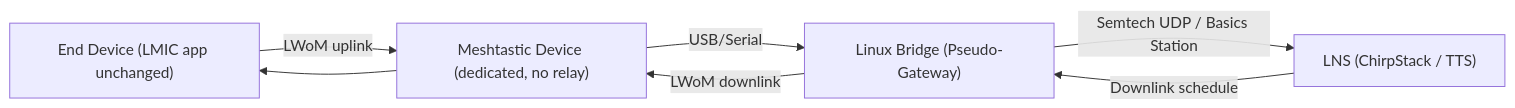
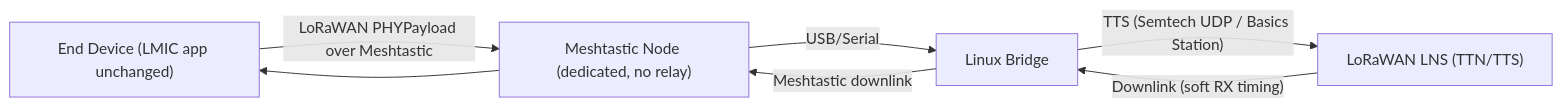
The diagram in README.md (things-nyc/lwom), drawn with Mermaid before and after one commit. The commit also changed other lines of this file and 1 other file, not shown here.

````diff
--- a/README.md
+++ b/README.md
@@ -20,9 +23,9 @@
 ```mermaid
 flowchart LR
-    A["End Device (LMIC app unchanged)"] -- "LWoM uplink" --> B["Meshtastic Device (dedicated, no relay)"]
-    B -- "USB/Serial" --> C["Linux Bridge (Pseudo-Gateway)"]
-    C -- "Semtech UDP / Basics Station" --> D["LNS (ChirpStack / TTS)"]
-    D -- "Downlink schedule" --> C
-    C -- "LWoM downlink" --> B
+    A["End Device (LMIC app unchanged)"] -- "LoRaWAN PHYPayload over Meshtastic" --> B["Meshtastic Node (dedicated, no relay)"]
+    B -- "USB/Serial" --> C["Linux Bridge"]
+    C -- "TTS (Semtech UDP / Basics Station)" --> D["LoRaWAN LNS (TTN/TTS)"]
+    D -- "Downlink (soft RX timing)" --> C
+    C -- "Meshtastic downlink" --> B
     B --> A
 ```
````
